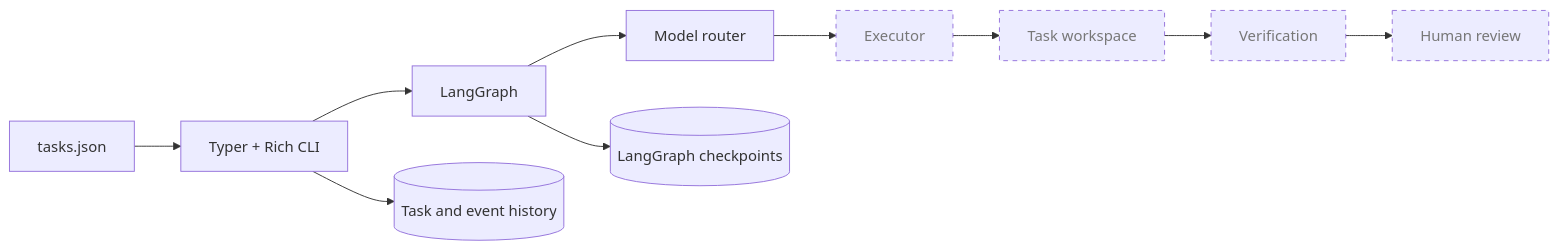
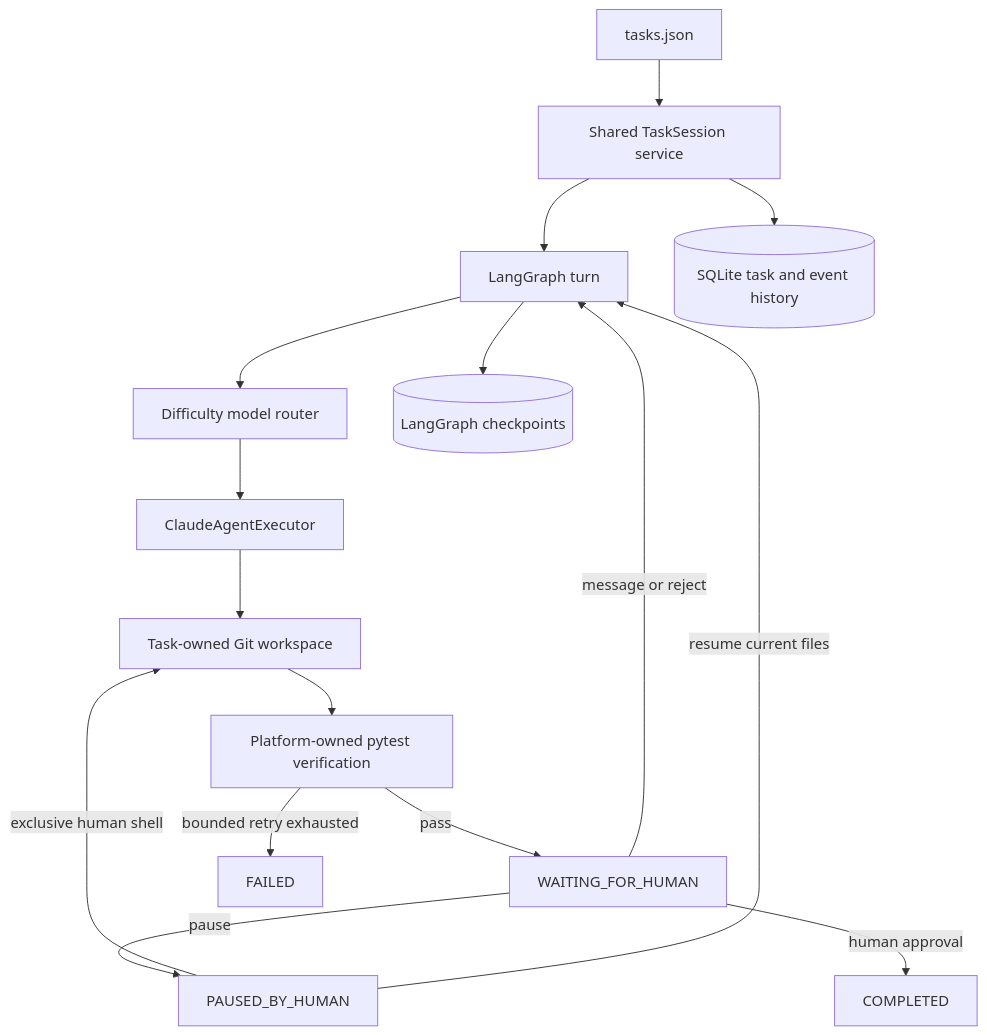
Before and after one commit to Vahunhula/ai-platform-demo: the diagram in README.md, drawn with Mermaid. The commit also changed other lines of this file and 29 other files, not shown here.

Commit message:
feat: add shared task collaboration

````diff
--- a/README.md
+++ b/README.md
@@ -30,16 +45,19 @@
 ```mermaid
-flowchart LR
-    A[tasks.json] --> B[Typer + Rich CLI]
-    B --> C[LangGraph]
-    C --> D[Model router]
-    D --> E[Executor]
-    E --> F[Task workspace]
-    F --> G[Verification]
-    G --> H[Human review]
+flowchart TD
+    A[tasks.json] --> B[Shared TaskSession service]
+    B --> C[LangGraph turn]
+    C --> D[Difficulty model router]
+    D --> E[ClaudeAgentExecutor]
+    E --> F[Task-owned Git workspace]
+    F --> G[Platform-owned pytest verification]
+    G -->|pass| H[WAITING_FOR_HUMAN]
+    G -->|bounded retry exhausted| I[FAILED]
+    H -->|message or reject| C
+    H -->|pause| J[PAUSED_BY_HUMAN]
+    J -->|exclusive human shell| F
+    J -->|resume current files| C
+    H -->|human approval| K[COMPLETED]
 
-    C --> I[(LangGraph checkpoints)]
-    B --> J[(Task and event history)]
-
-    classDef future stroke-dasharray: 5 5,color:#777;
-    class E,F,G,H future;
+    B --> L[(SQLite task and event history)]
+    C --> M[(LangGraph checkpoints)]
 ```
````
